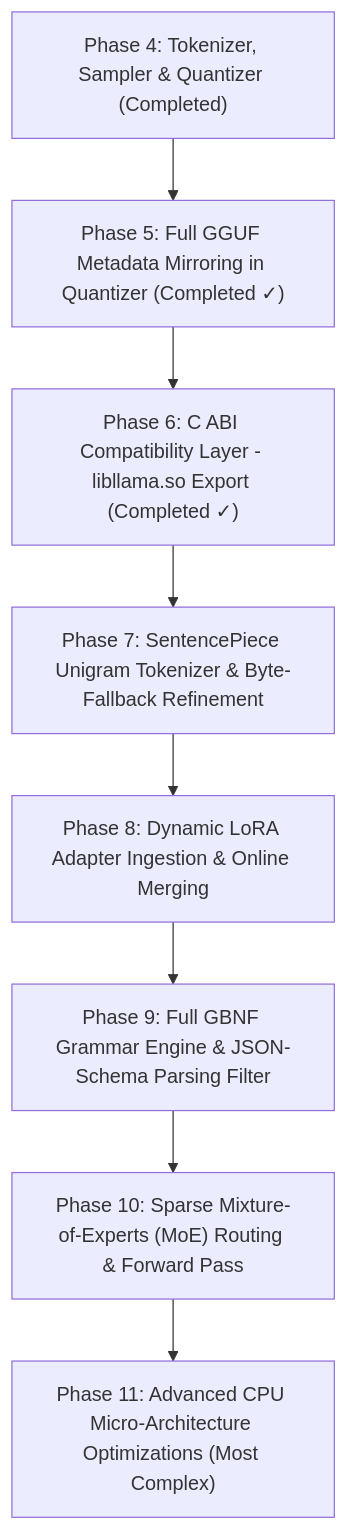
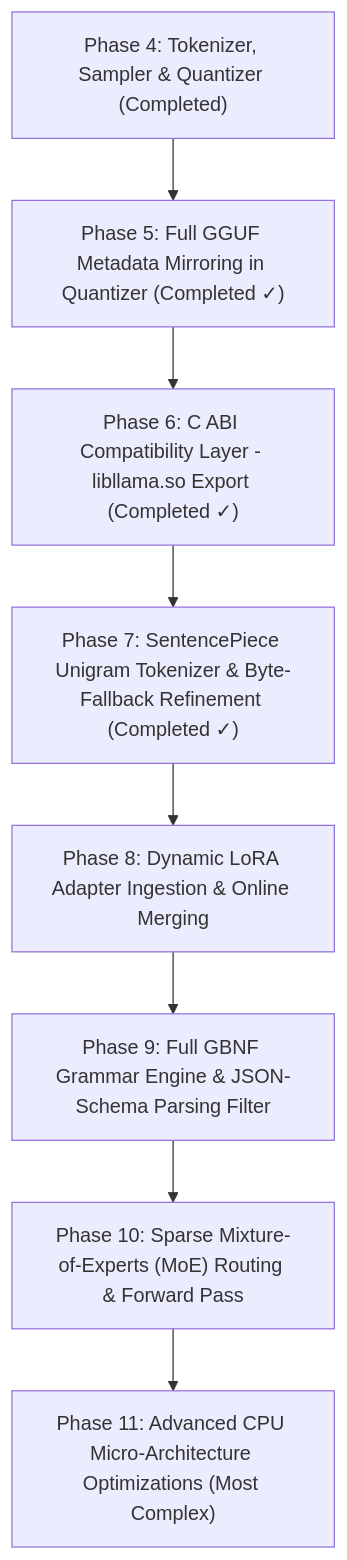
The diagram in docs/pure_cpu_extension_plan.md (tasahi/llamojo), drawn with Mermaid before and after one commit. The commit also changed other lines of this file and 6 other files, not shown here.

Commit message:
feat: SentencePiece Unigram Tokenizer & Tokenizer Variants

````diff
--- a/docs/pure_cpu_extension_plan.md
+++ b/docs/pure_cpu_extension_plan.md
@@ -13,19 +13,19 @@
 ```mermaid
 flowchart TD
     P4["Phase 4: Tokenizer, Sampler & Quantizer (Completed)"]
     P5["Phase 5: Full GGUF Metadata Mirroring in Quantizer (Completed ✓)"]
     P6["Phase 6: C ABI Compatibility Layer - libllama.so Export (Completed ✓)"]
-    P7["Phase 7: SentencePiece Unigram Tokenizer & Byte-Fallback Refinement"]
+    P7["Phase 7: SentencePiece Unigram Tokenizer & Byte-Fallback Refinement (Completed ✓)"]
     P8["Phase 8: Dynamic LoRA Adapter Ingestion & Online Merging"]
     P9["Phase 9: Full GBNF Grammar Engine & JSON-Schema Parsing Filter"]
     P10["Phase 10: Sparse Mixture-of-Experts (MoE) Routing & Forward Pass"]
     P11["Phase 11: Advanced CPU Micro-Architecture Optimizations (Most Complex)"]
 
     P4 --> P5
     P5 --> P6
     P6 --> P7
     P7 --> P8
     P8 --> P9
     P9 --> P10
     P10 --> P11
 ```
````
